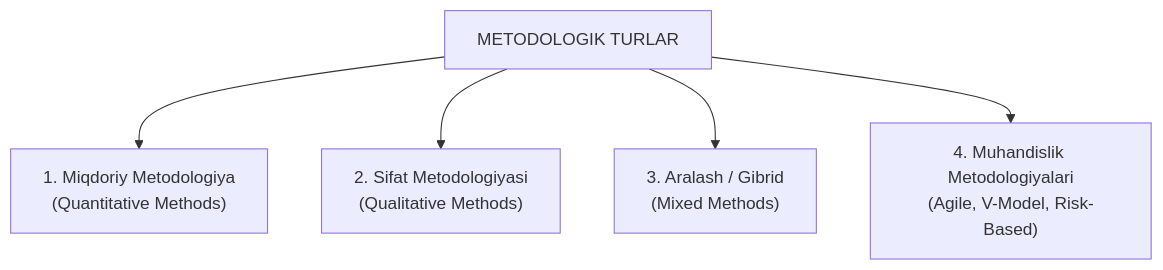
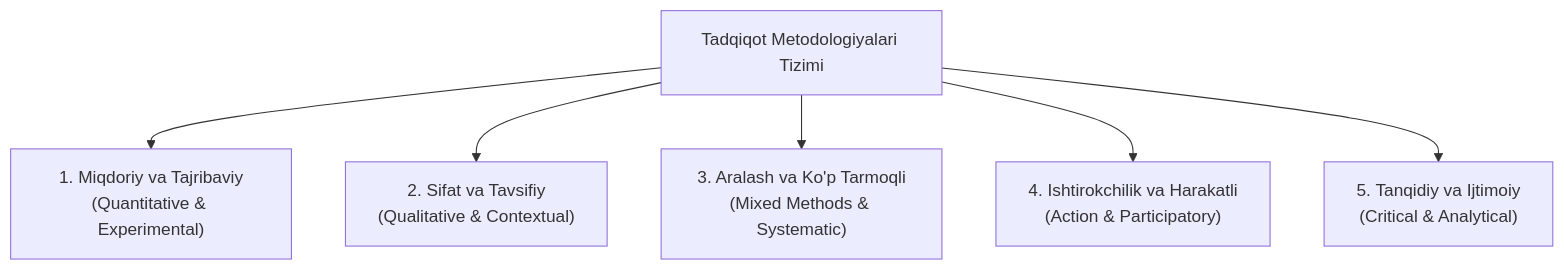
One commit to Ergashov15/qa-uzbekistan changed the first of 3 diagrams in app/docs/software-testing/methodological-types/page.mdx. Above: the diagram before and after it, drawn with Mermaid. The commit also changed other lines of this file and 3 other files, not shown here.

Commit message:
feat: translate and update Methodological Types with 20 methods and diagrams

````diff
--- a/app/docs/software-testing/methodological-types/page.mdx
+++ b/app/docs/software-testing/methodological-types/page.mdx
@@ -15,7 +17,8 @@
 ```mermaid
 flowchart TD
-    M["METODOLOGIK TURLAR"] --> Quant["1. Miqdoriy Metodologiya\n(Quantitative Methods)"]
-    M --> Qual["2. Sifat Metodologiyasi\n(Qualitative Methods)"]
-    M --> Mix["3. Aralash / Gibrid\n(Mixed Methods)"]
-    M --> Eng["4. Muhandislik Metodologiyalari\n(Agile, V-Model, Risk-Based)"]
+    M["Tadqiqot Metodologiyalari Tizimi"] --> Q["1. Miqdoriy va Tajribaviy\n(Quantitative & Experimental)"]
+    M --> QL["2. Sifat va Tavsifiy\n(Qualitative & Contextual)"]
+    M --> MX["3. Aralash va Ko'p Tarmoqli\n(Mixed Methods & Systematic)"]
+    M --> AC["4. Ishtirokchilik va Harakatli\n(Action & Participatory)"]
+    M --> CR["5. Tanqidiy va Ijtimoiy\n(Critical & Analytical)"]
 ```
````
